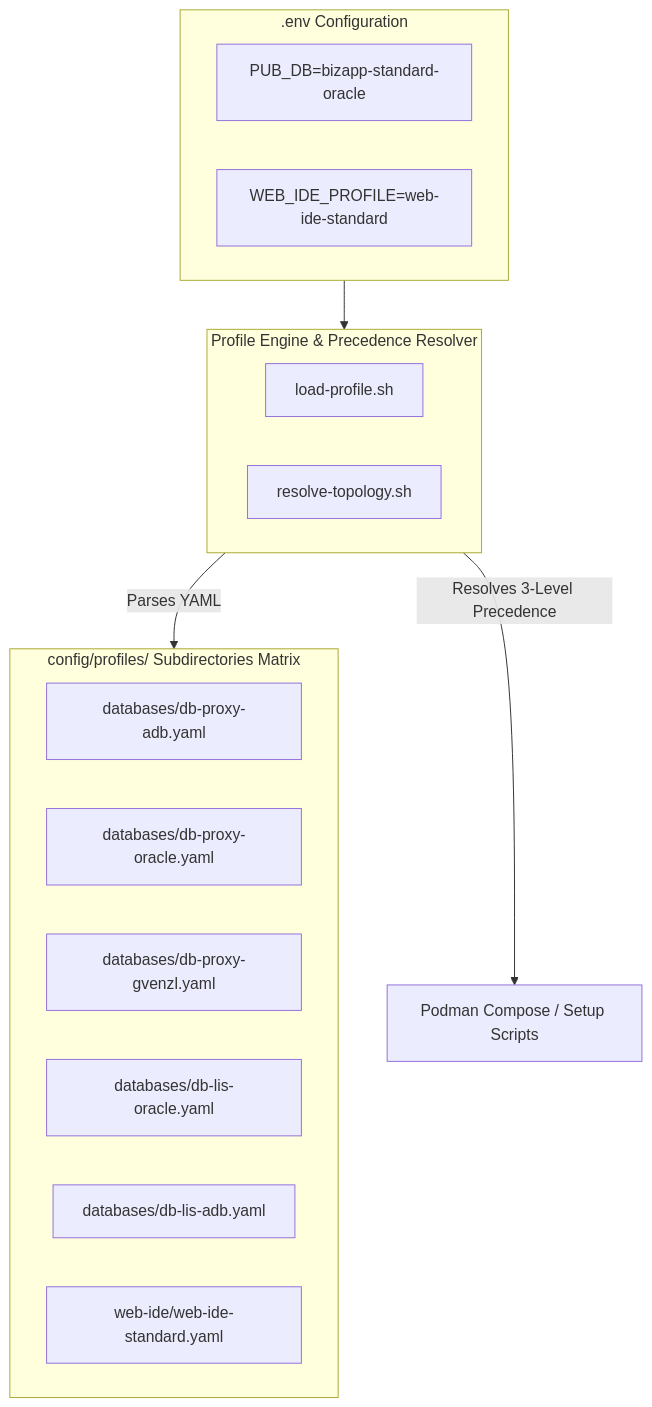
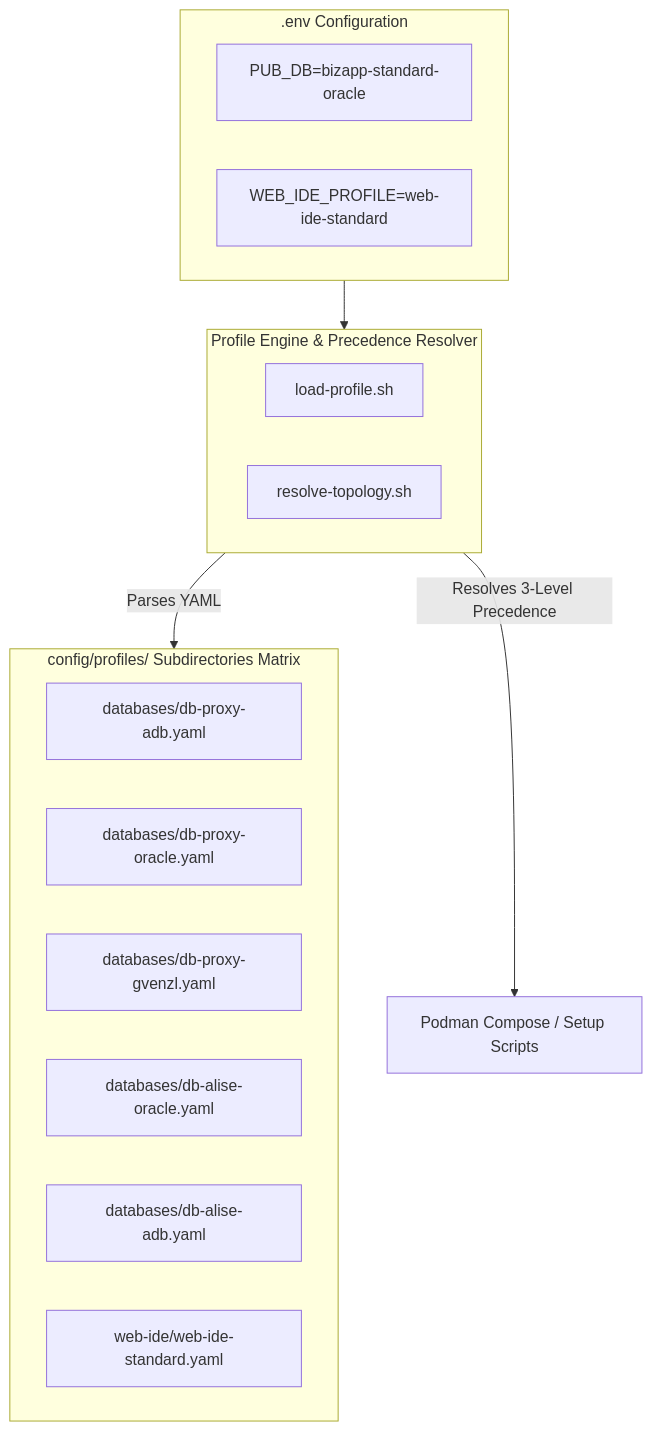
The first of 4 diagrams in docs/db-profiles-and-topology.md (alahe/oracle-devops-platform), drawn with Mermaid before and after one commit. The commit also changed other lines of this file and 1225 other files, not shown here.

First line of the commit message:
feat(apexlang): integrate APEXlang DSL, Forms-to-APEX migration blueprint, and multi-lingual architecture

````diff
--- a/docs/db-profiles-and-topology.md
+++ b/docs/db-profiles-and-topology.md
@@ -11,25 +11,25 @@
 ```mermaid
 flowchart TD
     subgraph UserConfig [".env Configuration"]
         U1["PUB_DB=bizapp-standard-oracle"]
         U2["WEB_IDE_PROFILE=web-ide-standard"]
     end
 
     subgraph ProfileEngine ["Profile Engine & Precedence Resolver"]
         E1["load-profile.sh"]
         E2["resolve-topology.sh"]
     end
 
     subgraph YAMLProfiles ["config/profiles/ Subdirectories Matrix"]
         P1["databases/db-proxy-adb.yaml"]
         P2["databases/db-proxy-oracle.yaml"]
         P3["databases/db-proxy-gvenzl.yaml"]
-        P4["databases/db-lis-oracle.yaml"]
-        P5["databases/db-lis-adb.yaml"]
+        P4["databases/db-alise-oracle.yaml"]
+        P5["databases/db-alise-adb.yaml"]
         P6["web-ide/web-ide-standard.yaml"]
     end
 
     UserConfig --> ProfileEngine
     ProfileEngine -->|Parses YAML| YAMLProfiles
     ProfileEngine -->|Resolves 3-Level Precedence| Deployment[Podman Compose / Setup Scripts]
 ```
````
